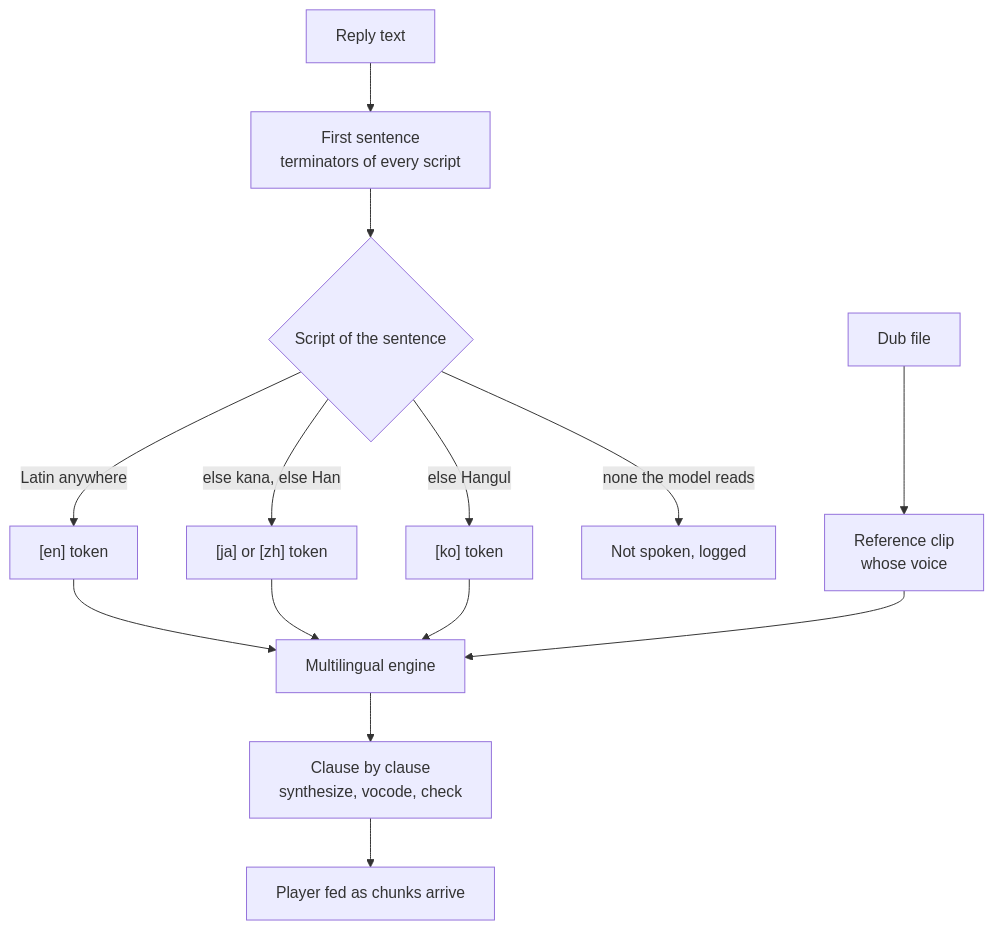
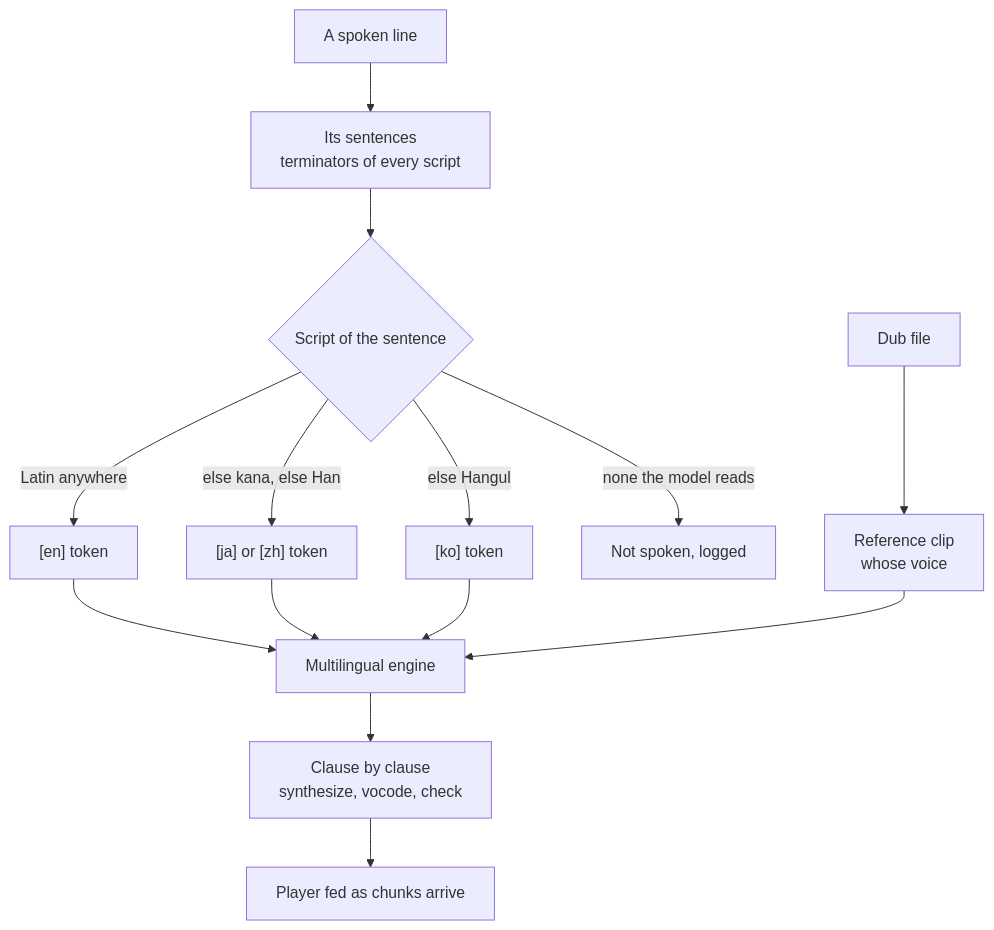
The diagram in apps/web/content/docs/proposals/infra/multilingual-spoken-replies.md (Esposter/Esposter), drawn with Mermaid before and after one commit. The commit also changed other lines of this file and 61 other files, not shown here.

First line of the commit message:
feat(genshin-persona): a reply's spoken lines are read by a MessageDisplay hook the voice verb writes, and the warm makes the greeting

````diff
--- a/apps/web/content/docs/proposals/infra/multilingual-spoken-replies.md
+++ b/apps/web/content/docs/proposals/infra/multilingual-spoken-replies.md
@@ -31,16 +31,16 @@
 ```mermaid
 flowchart TD
-    Reply[Reply text] --> Sentence[First sentence<br/>terminators of every script]
+    Reply[A spoken line] --> Sentence[Its sentences<br/>terminators of every script]
     Sentence --> Script{Script of the sentence}
     Script -- Latin anywhere --> En["[en] token"]
     Script -- else kana, else Han --> Ja["[ja] or [zh] token"]
     Script -- else Hangul --> Ko["[ko] token"]
     Script -- none the model reads --> Drop[Not spoken, logged]
     Dub[Dub file] --> Clip[Reference clip<br/>whose voice]
     En --> Engine[Multilingual engine]
     Ja --> Engine
     Ko --> Engine
     Clip --> Engine
     Engine --> Clauses[Clause by clause<br/>synthesize, vocode, check]
     Clauses --> Player[Player fed as chunks arrive]
 ```
````
